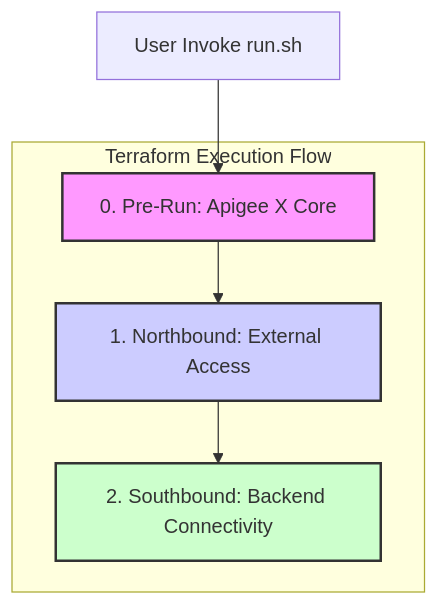
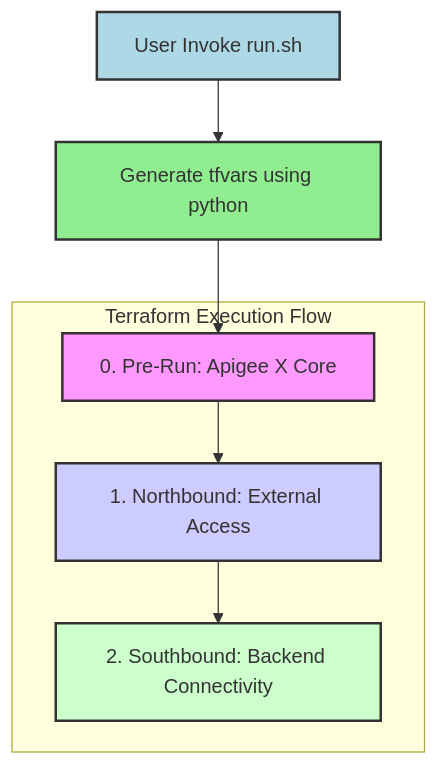
One commit to anaik91/apigee-networking-sme changed the diagram in README.md. Above: the diagram before and after it, drawn with Mermaid. The commit also changed other lines of this file, not shown here.

````diff
--- a/README.md
+++ b/README.md
@@ -17,11 +19,15 @@
 ```mermaid
 graph TD
-    U1[User Invoke run.sh] --> A
+    U1[User Invoke run.sh] --> A0
+    A0[Generate tfvars using python]
+    A0 --> A
     subgraph "Terraform Execution Flow"
         A[0. Pre-Run: Apigee X Core] --> B[1. Northbound: External Access];
         B --> C[2. Southbound: Backend Connectivity];
     end
+    style U1 fill:#ADD8E6,stroke:#333,stroke-width:2px
+    style A0 fill:#90EE90,stroke:#333,stroke-width:2px
     style A fill:#f9f,stroke:#333,stroke-width:2px
     style B fill:#ccf,stroke:#333,stroke-width:2px
     style C fill:#cfc,stroke:#333,stroke-width:2px
 ```
````
